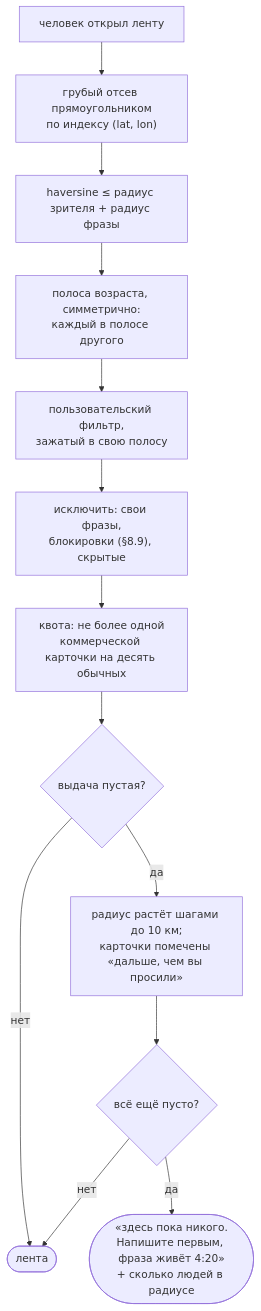
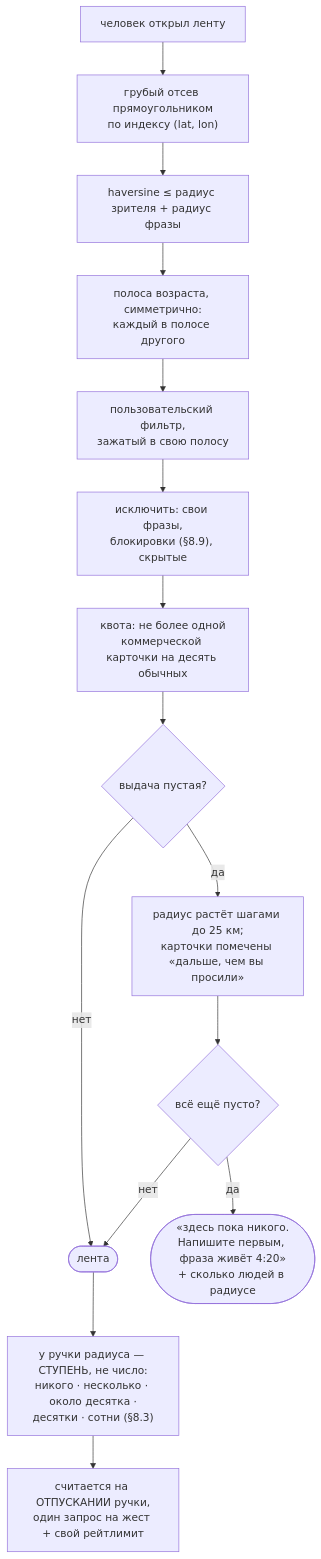
Before and after one commit to panov-id/xor.ad: the eighth of 30 diagrams in docs/chat-flows_RU.md, drawn with Mermaid. The commit also changed other lines of this file and 8 other files, not shown here.

````diff
--- a/docs/chat-flows_RU.md
+++ b/docs/chat-flows_RU.md
@@ -270,15 +270,17 @@
 ```mermaid
 flowchart TD
   ask["человек открыл ленту"] --> rect["грубый отсев прямоугольником<br/>по индексу #40;lat, lon#41;"]
   rect --> hav["haversine ≤ радиус зрителя + радиус фразы"]
   hav --> band["полоса возраста, симметрично:<br/>каждый в полосе другого"]
   band --> filt["пользовательский фильтр,<br/>зажатый в свою полосу"]
   filt --> excl["исключить: свои фразы,<br/>блокировки #40;§8.9#41;, скрытые"]
   excl --> quota["квота: не более одной<br/>коммерческой карточки на десять обычных"]
   quota --> empty{"выдача пустая?"}
   empty -- "нет" --> show(["лента"])
-  empty -- "да" --> grow["радиус растёт шагами до 10 км;<br/>карточки помечены «дальше, чем вы просили»"]
+  empty -- "да" --> grow["радиус растёт шагами до 25 км;<br/>карточки помечены «дальше, чем вы просили»"]
+  show --> knob["у ручки радиуса — СТУПЕНЬ, не число:<br/>никого · несколько · около десятка ·<br/>десятки · сотни #40;§8.3#41;"]
+  knob --> once["считается на ОТПУСКАНИИ ручки,<br/>один запрос на жест + свой рейтлимит"]
   grow --> empty2{"всё ещё пусто?"}
   empty2 -- "нет" --> show
   empty2 -- "да" --> nobody(["«здесь пока никого.<br/>Напишите первым, фраза живёт 4:20»<br/>+ сколько людей в радиусе"])
 ```
````
